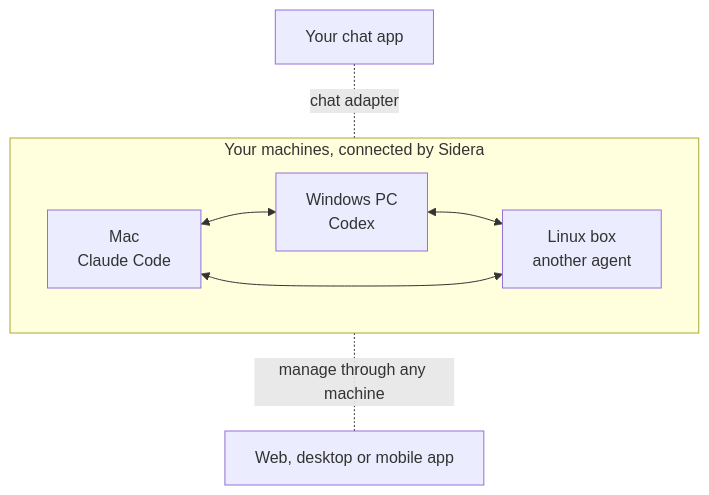
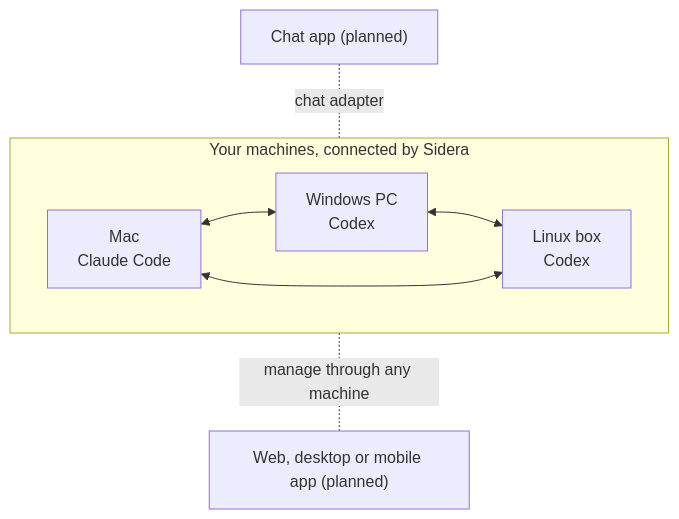
The diagram in README.md (aianyai/sidera), drawn with Mermaid before and after one commit. The commit also changed other lines of this file, not shown here.

````diff
--- a/README.md
+++ b/README.md
@@ -40,12 +92,12 @@
 ```mermaid
 flowchart TB
-  chat["Your chat app"]
+  chat["Chat app (planned)"]
   subgraph net["Your machines, connected by Sidera"]
     direction LR
-    mac["Mac<br/>Claude Code"] <--> win["Windows PC<br/>Codex"] <--> lin["Linux box<br/>another agent"]
+    mac["Mac<br/>Claude Code"] <--> win["Windows PC<br/>Codex"] <--> lin["Linux box<br/>Codex"]
     mac <--> lin
   end
-  apps["Web, desktop or mobile app"]
+  apps["Web, desktop or mobile app (planned)"]
   chat -. "chat adapter" .- net
   net -. "manage through any machine" .- apps
 ```
````
